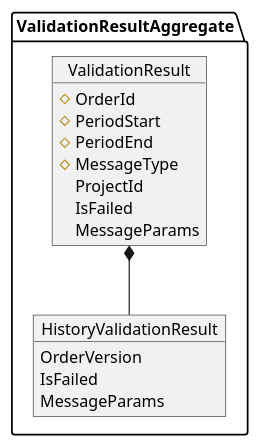
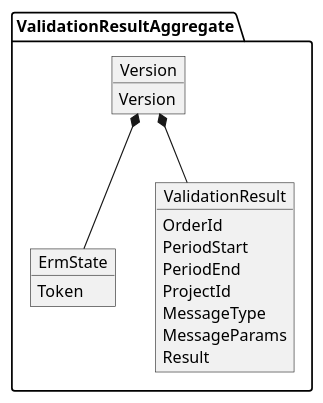
Before and after one commit to i-maslennikov/nuclear-river-validation-rules: the diagram in docs/ru/validation-rules/design-messages.puml, drawn with PlantUML. The commit also changed 1 other file, not shown here.

```diff
--- a/docs/ru/validation-rules/design-messages.puml
+++ b/docs/ru/validation-rules/design-messages.puml
@@ -1,26 +1,29 @@
 @startuml
 
 package ValidationResultAggregate {
+    object Version {
+        Version
+    }
+    
+    object ErmState {
+        Token
+    }
 
     object ValidationResult {
-        #OrderId
-        #PeriodStart
-        #PeriodEnd
-        #MessageType
+        OrderId
+        PeriodStart
+        PeriodEnd
+        ProjectId
+
+        MessageType
+        MessageParams
         
-        ProjectId
-        
-        IsFailed
-        MessageParams
+        Result
     }
     
-    object HistoryValidationResult {
-        OrderVersion
-        IsFailed
-        MessageParams
-    }
-    
-    ValidationResult *-- HistoryValidationResult
+
+    Version *-- ValidationResult
+    Version *-- ErmState
 }
 
 @enduml
```
